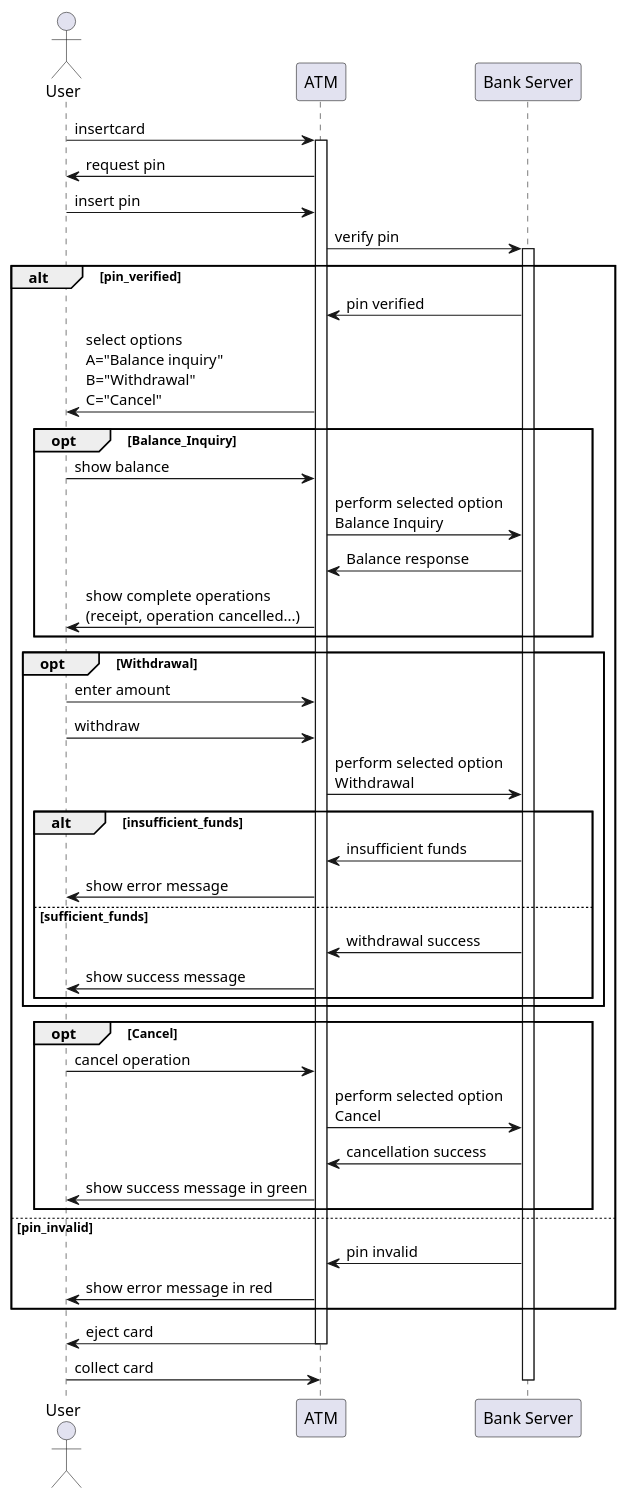
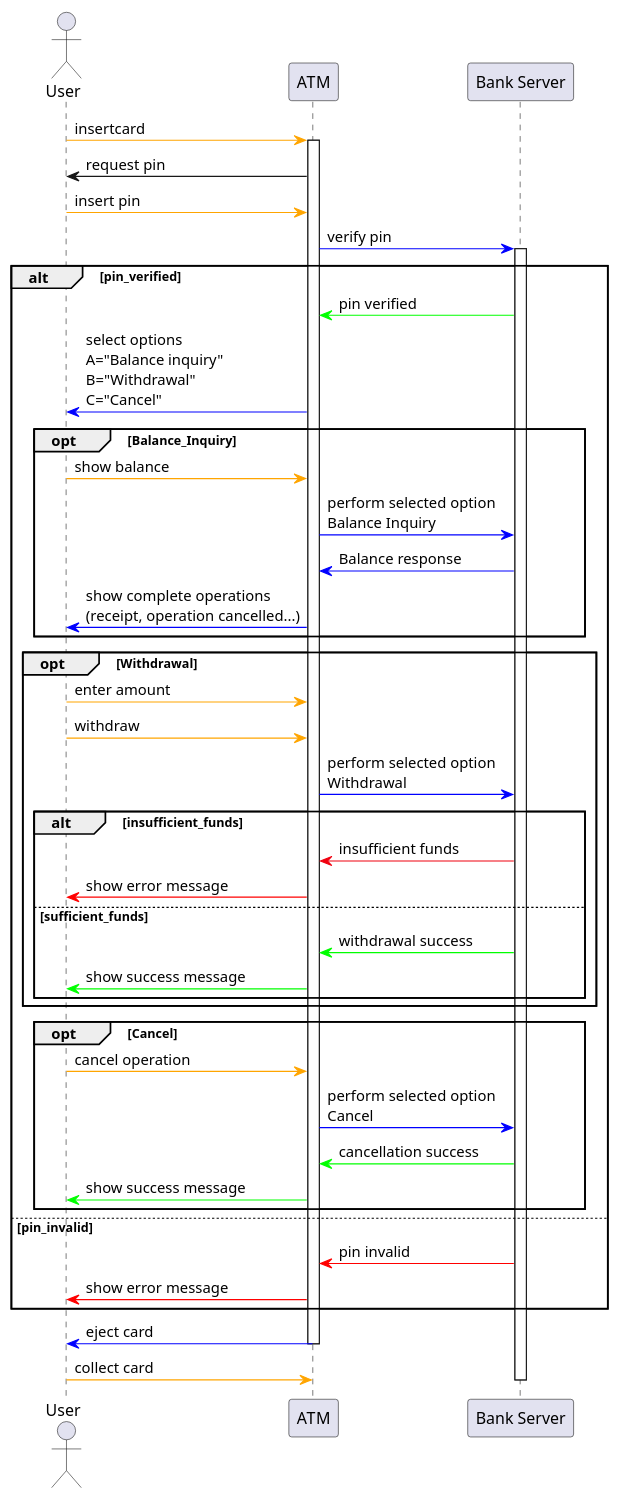
One commit to zahichemaly/software-engineering changed the diagram in PierreKachi-232732/TP3/SequenceAtm.puml. Above: the diagram before and after it, drawn with PlantUML.

Commit message:
added colors and stuff

```diff
--- a/PierreKachi-232732/TP3/SequenceAtm.puml
+++ b/PierreKachi-232732/TP3/SequenceAtm.puml
@@ -1,52 +1,52 @@
 @startuml SequenceATM
 
-
+'orange is for user input/operations, blue is for machine operations, green for successes and red for failures/errors
 actor User as U
 participant ATM as A
 participant "Bank Server" as B
 
-U -> A: insertcard
+U -[#FFA500]> A: insertcard
 activate A
 A -> U: request pin
-U -> A: insert pin
-A -> B: verify pin
+U -[#FFA500]> A: insert pin
+A -[#0000FF]> B: verify pin
 activate B
 
 alt pin_verified
-    B -> A: pin verified
-    A -> U: select options\nA="Balance inquiry"\nB="Withdrawal"\nC="Cancel"
+    B -[#00FF00]> A: pin verified
+    A -[#0000FF]> U: select options\nA="Balance inquiry"\nB="Withdrawal"\nC="Cancel"
     opt Balance_Inquiry
-        U -> A: show balance
-        A -> B: perform selected option\nBalance Inquiry
-        B -> A: Balance response
-        A -> U: show complete operations\n(receipt, operation cancelled...)
+        U -[#FFA500]> A: show balance
+        A -[#0000FF]> B: perform selected option\nBalance Inquiry
+        B -[#0000FF]> A: Balance response
+        A -[#0000FF]> U: show complete operations\n(receipt, operation cancelled...)
     end
     opt Withdrawal
-        U -> A: enter amount
-        U -> A: withdraw
-        A -> B: perform selected option\nWithdrawal
+        U -[#FFA500]> A: enter amount
+        U -[#FFA500]> A: withdraw
+        A -[#0000FF]> B: perform selected option\nWithdrawal
         alt insufficient_funds
-            B -> A: insufficient funds
-            A -> U: show error message
+            B -[#F0000F]> A: insufficient funds
+            A -[#FF0000]> U: show error message
         else sufficient_funds
-            B -> A: withdrawal success
-            A -> U: show success message
+            B -[#00FF00]> A: withdrawal success
+            A -[#00FF00]> U: show success message
         end
     end
     opt Cancel
-        U -> A: cancel operation
-        A -> B: perform selected option\nCancel
-        B -> A: cancellation success
-        A -> U: show success message in green
+        U -[#FFA500]> A: cancel operation
+        A -[#0000FF]> B: perform selected option\nCancel
+        B -[#00FF00]> A: cancellation success
+        A -[#00FF00]> U: show success message 
     end
 else pin_invalid
-    B -> A: pin invalid
-    A -> U: show error message in red
+    B -[#FF0000]> A: pin invalid
+    A -[#FF0000]> U: show error message 
 end
 
-A -> U: eject card
+A -[#0000FF]> U: eject card
 deactivate A
-U -> A: collect card
+U -[#FFA500]> A: collect card
 
 deactivate B
 @enduml
```
